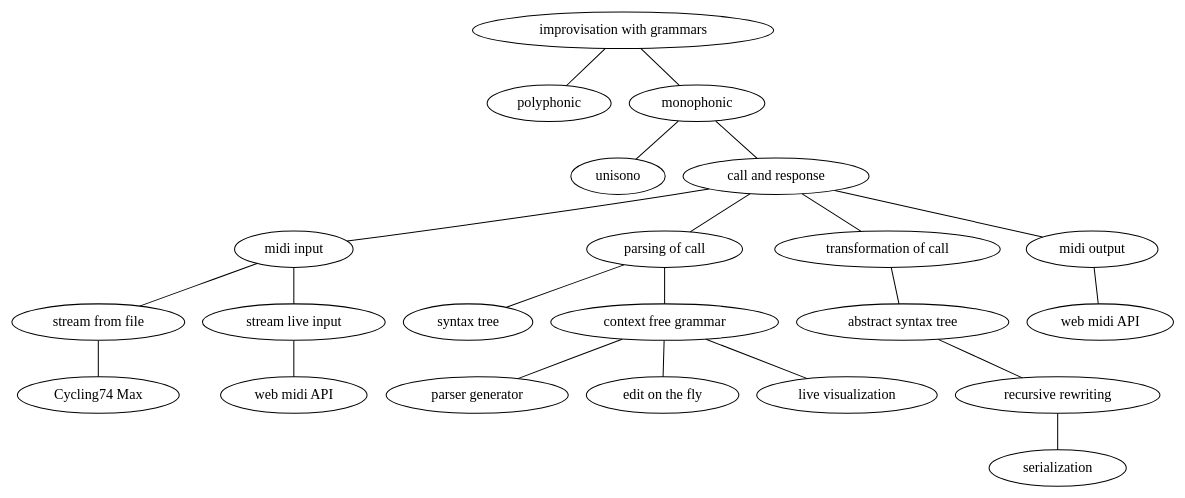
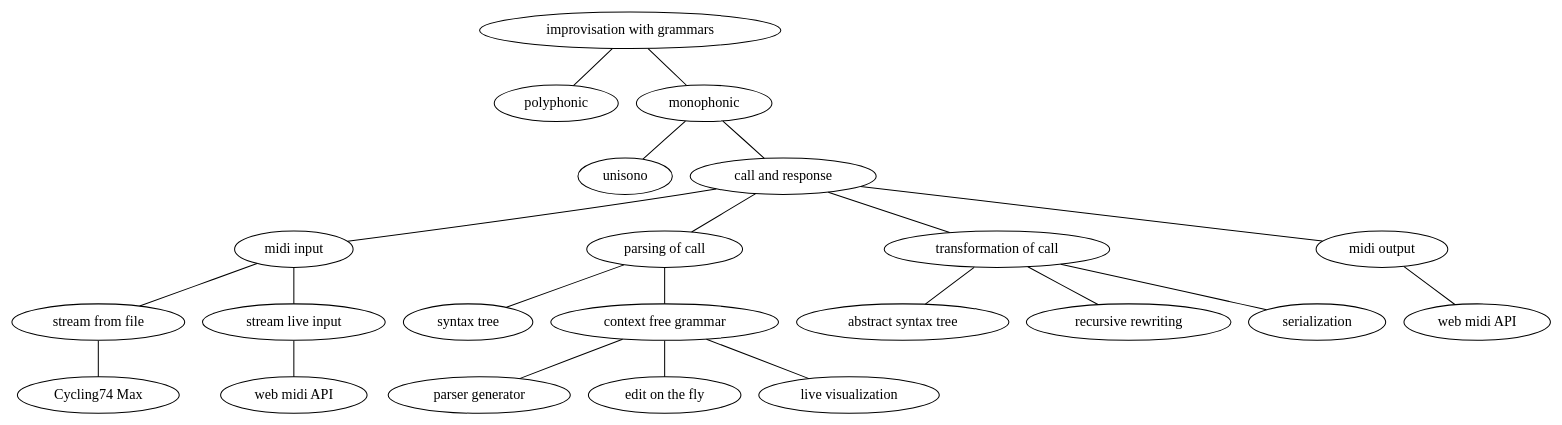
The diagram in meta/ma-ideas.dot (spirio-sessions/grammar-music), drawn with Graphviz before and after one commit. The commit also changed 5 other files, not shown here.

```diff
--- a/meta/ma-ideas.dot
+++ b/meta/ma-ideas.dot
@@ -1,51 +1,51 @@
 graph G {
 
   start [label="improvisation with grammars"]
   polyphonic
   monophonic
   unisono
   cnr [label="call and response"]
   midiin [label="midi input"]
   strf [label="stream from file"]
   strl [label="stream live input"]
   cyc74max [label="Cycling74 Max"]
   webmidiin [label="web midi API"]
   poc [label="parsing of call"]
   st [label="syntax tree"]
   ast [label="abstract syntax tree"]
   recrew [label="recursive rewriting"]
   srlz [label="serialization"]
   toc [label="transformation of call"]
   midiout [label="midi output"]
   webmidiout [label="web midi API"]
   cfg [label="context free grammar"]
   pgen [label="parser generator"]
   liveedit [label="edit on the fly"]
   viz [label="live visualization"]
 
   start -- polyphonic
   start -- monophonic
   monophonic -- unisono
   monophonic -- cnr
 
     cnr -- midiin // symbolic vs. raw audio omitted
       midiin -- strf
         strf -- cyc74max
       midiin -- strl
         strl -- webmidiin
 
     cnr -- poc
     poc -- cfg
       cfg -- pgen
       cfg -- liveedit
       cfg -- viz
     poc -- st
 
     cnr -- toc
       toc -- ast
-      ast -- recrew
-      recrew --srlz
+      toc -- recrew
+      toc --srlz
     cnr -- midiout
       midiout -- webmidiout
   
 }
```
